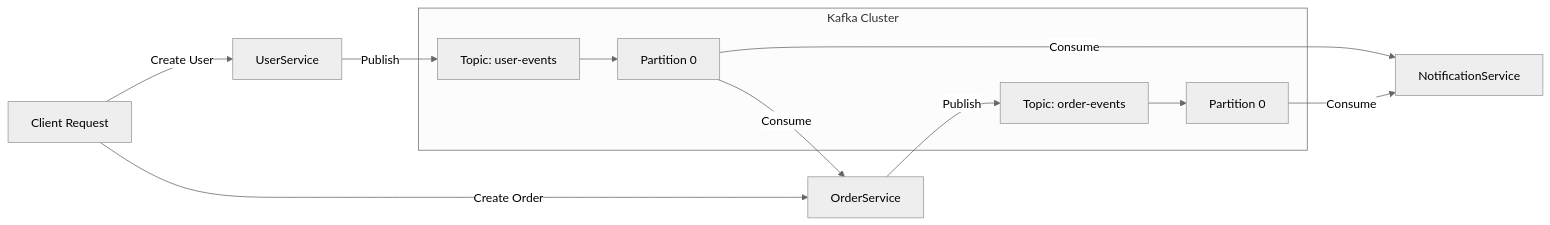
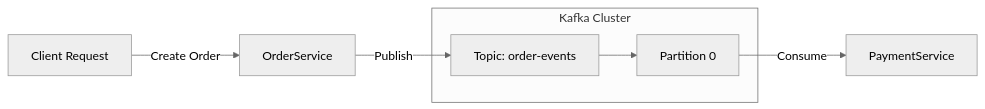
One commit to hipradeep/mastering-adv-ms changed the diagram in readMe.md. Above: the diagram before and after it, drawn with Mermaid (neutral theme). The commit also changed other lines of this file and 43 other files, not shown here.

````diff
--- a/readMe.md
+++ b/readMe.md
@@ -19,24 +18,13 @@
 ```mermaid
 graph LR
-    Client[Client Request] -->|Create User| UserService
-    Client -->|Create Order| OrderService
+    Client[Client Request] -->|Create Order| OrderService
     
     subgraph Kafka Cluster
-        UserTopic[Topic: user-events]
         OrderTopic[Topic: order-events]
-        
-        UP0[Partition 0]
         OP0[Partition 0]
-        
-        UserTopic --> UP0
         OrderTopic --> OP0
     end
     
-    UserService -->|Publish| UserTopic
     OrderService -->|Publish| OrderTopic
-    
-    UP0 -->|Consume| OrderService
-    UP0 -->|Consume| NotificationService
-    
-    OP0 -->|Consume| NotificationService
+    OP0 -->|Consume| PaymentService
 ```
````
